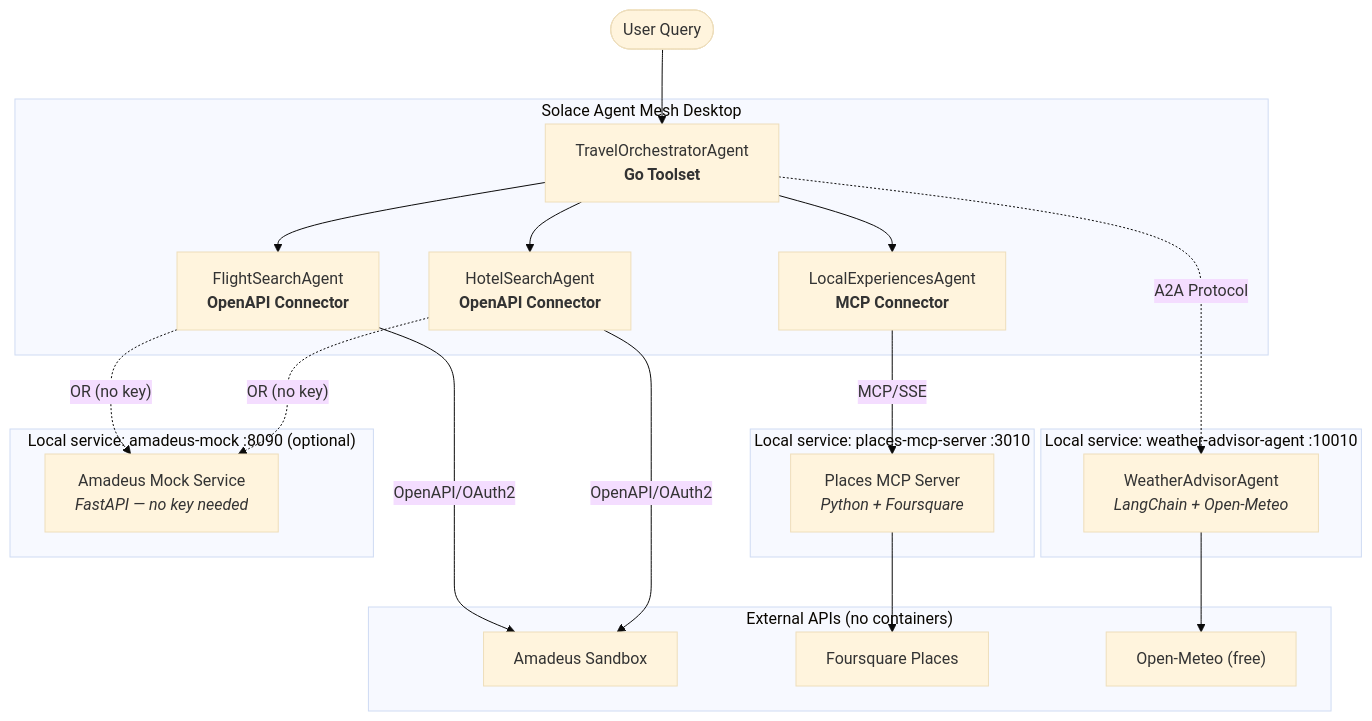
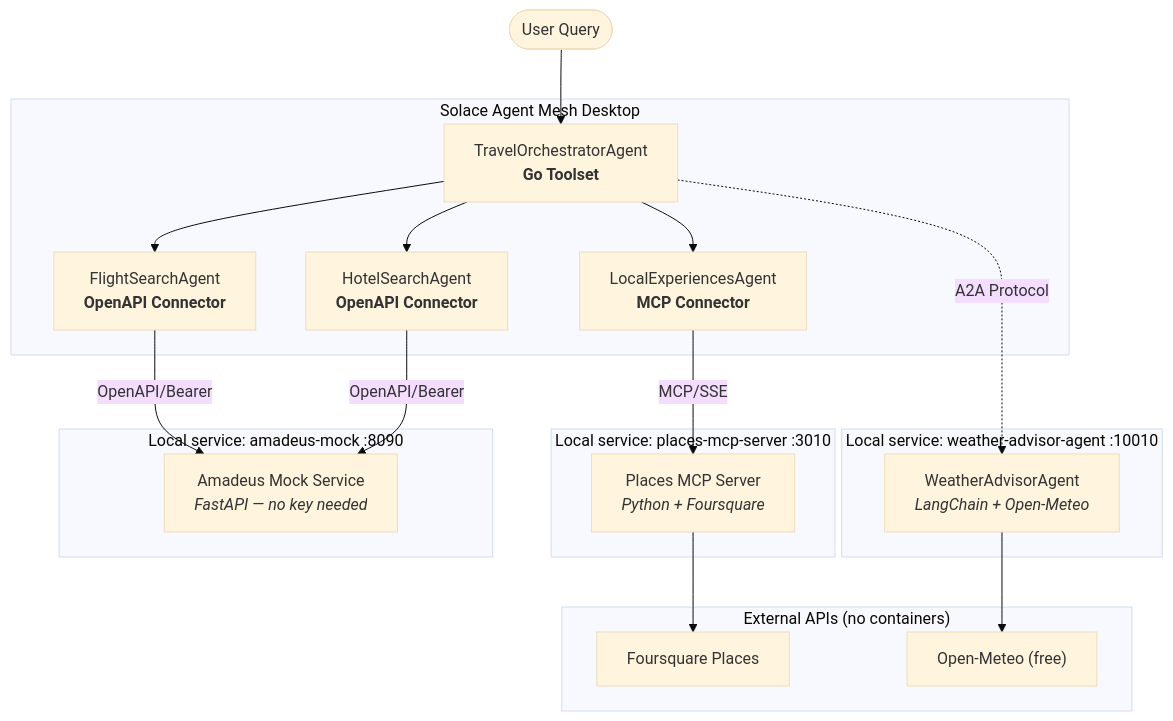
The diagram in README.md (gvensan/SAM-workshop), drawn with Mermaid (base theme) before and after one commit. The commit also changed other lines of this file and 9 other files, not shown here.

````diff
--- a/README.md
+++ b/README.md
@@ -44,43 +44,40 @@
 ```mermaid
 graph TB
     User([User Query])
 
     subgraph SAM["Solace Agent Mesh Desktop"]
         Orch["TravelOrchestratorAgent<br/><b>Go Toolset</b>"]
         Flight["FlightSearchAgent<br/><b>OpenAPI Connector</b>"]
         Hotel["HotelSearchAgent<br/><b>OpenAPI Connector</b>"]
         Local["LocalExperiencesAgent<br/><b>MCP Connector</b>"]
     end
 
     subgraph Svc1["Local service: places-mcp-server :3010"]
         PlacesMCP["Places MCP Server<br/><i>Python + Foursquare</i>"]
     end
 
     subgraph Svc2["Local service: weather-advisor-agent :10010"]
         Weather["WeatherAdvisorAgent<br/><i>LangChain + Open-Meteo</i>"]
     end
 
-    subgraph MockSvcBox["Local service: amadeus-mock :8090 (optional)"]
+    subgraph MockSvcBox["Local service: amadeus-mock :8090"]
         MockSvc["Amadeus Mock Service<br/><i>FastAPI — no key needed</i>"]
     end
 
     subgraph APIs["External APIs (no containers)"]
-        Amadeus["Amadeus Sandbox"]
         Foursquare["Foursquare Places"]
         OpenMeteo["Open-Meteo (free)"]
     end
 
     User --> Orch
     Orch --> Flight
     Orch --> Hotel
     Orch --> Local
     Orch -.->|"A2A Protocol"| Weather
 
-    Flight -->|"OpenAPI/OAuth2"| Amadeus
-    Hotel -->|"OpenAPI/OAuth2"| Amadeus
-    Flight -. "OR (no key)" .-> MockSvc
-    Hotel -. "OR (no key)" .-> MockSvc
+    Flight -->|"OpenAPI/Bearer"| MockSvc
+    Hotel -->|"OpenAPI/Bearer"| MockSvc
     Local -->|"MCP/SSE"| PlacesMCP
     PlacesMCP --> Foursquare
     Weather --> OpenMeteo
 ```
````
